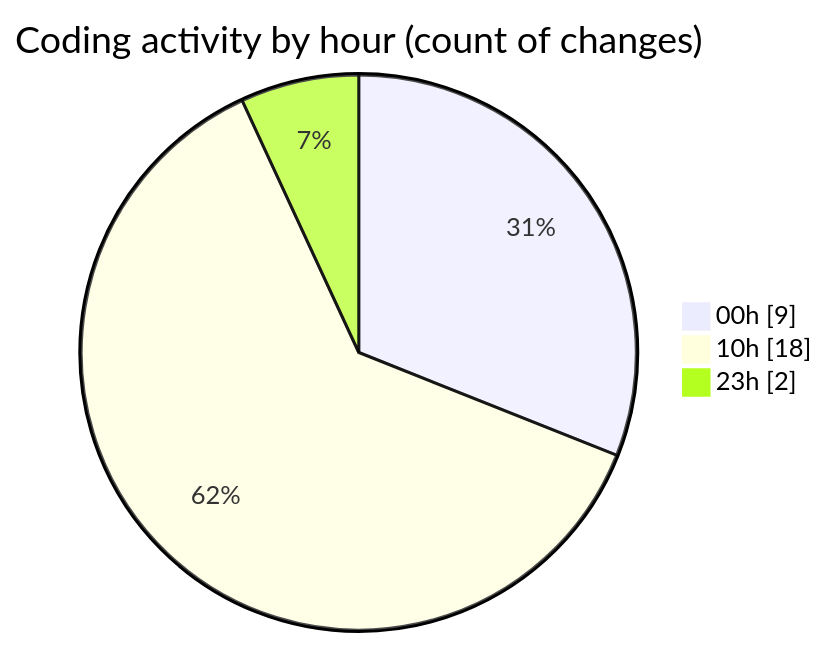
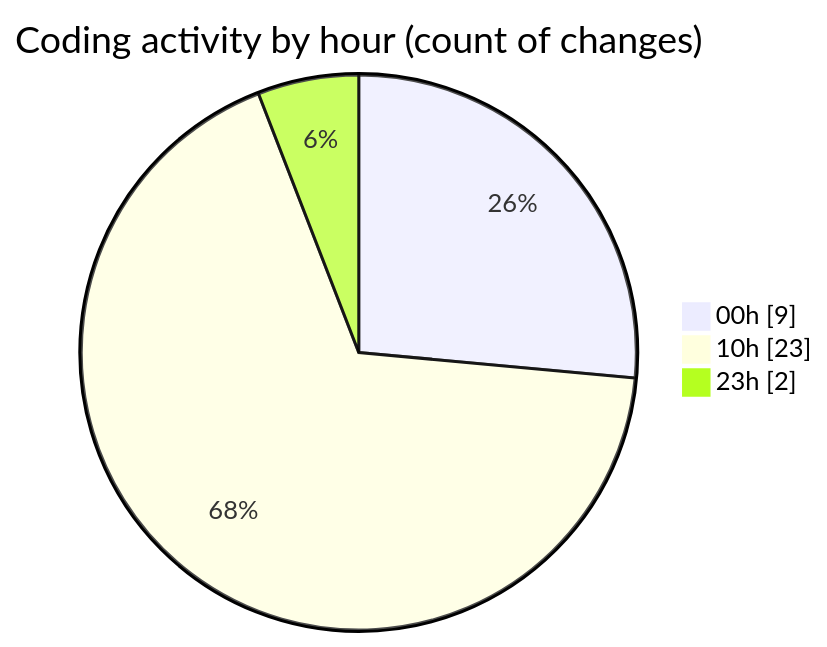
The second of 2 diagrams in 2025-11-15/cdp_aleoudev_fr__workspace_/README.md (julien-gomy/code-tracking), drawn with Mermaid before and after one commit. The commit also changed other lines of this file and 1 other file, not shown here.

````diff
--- a/2025-11-15/cdp_aleoudev_fr__workspace_/README.md
+++ b/2025-11-15/cdp_aleoudev_fr__workspace_/README.md
@@ -33,7 +33,7 @@
 ```mermaid
 pie showData
 title Coding activity by hour (count of changes)
 "00h" : 9
-"10h" : 18
+"10h" : 23
 "23h" : 2
 ```
````
